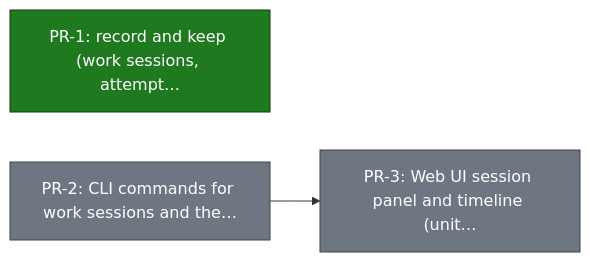
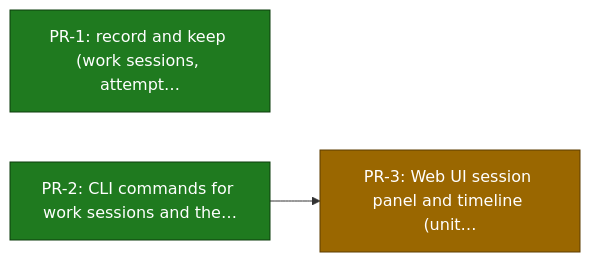
Diagram 12 of 37 in ROADMAP.md (smart-mcp-proxy/mcpproxy-go), drawn with Mermaid before and after one commit. The commit also changed other lines of this file and 1 other file, not shown here.

Commit message:
docs(roadmap): sync statuses with merged PRs, add epics for specs 130-137

````diff
--- a/ROADMAP.md
+++ b/ROADMAP.md
@@ -467,13 +477,13 @@
 ```mermaid
 graph LR
   session_failure_timeline_record["PR-1: record and keep (work sessions, attempt…"]
   session_failure_timeline_cli["PR-2: CLI commands for work sessions and the…"]
   session_failure_timeline_web["PR-3: Web UI session panel and timeline (unit…"]
 
   session_failure_timeline_cli --> session_failure_timeline_web
 
   classDef done fill:#1f7a1f,stroke:#0d3d0d,color:#ffffff;
-  classDef todo fill:#6e7781,stroke:#3d4248,color:#ffffff;
-  class session_failure_timeline_record done;
-  class session_failure_timeline_cli,session_failure_timeline_web todo;
+  classDef in_review fill:#9a6700,stroke:#5c3d00,color:#ffffff;
+  class session_failure_timeline_record,session_failure_timeline_cli done;
+  class session_failure_timeline_web in_review;
 ```
````
